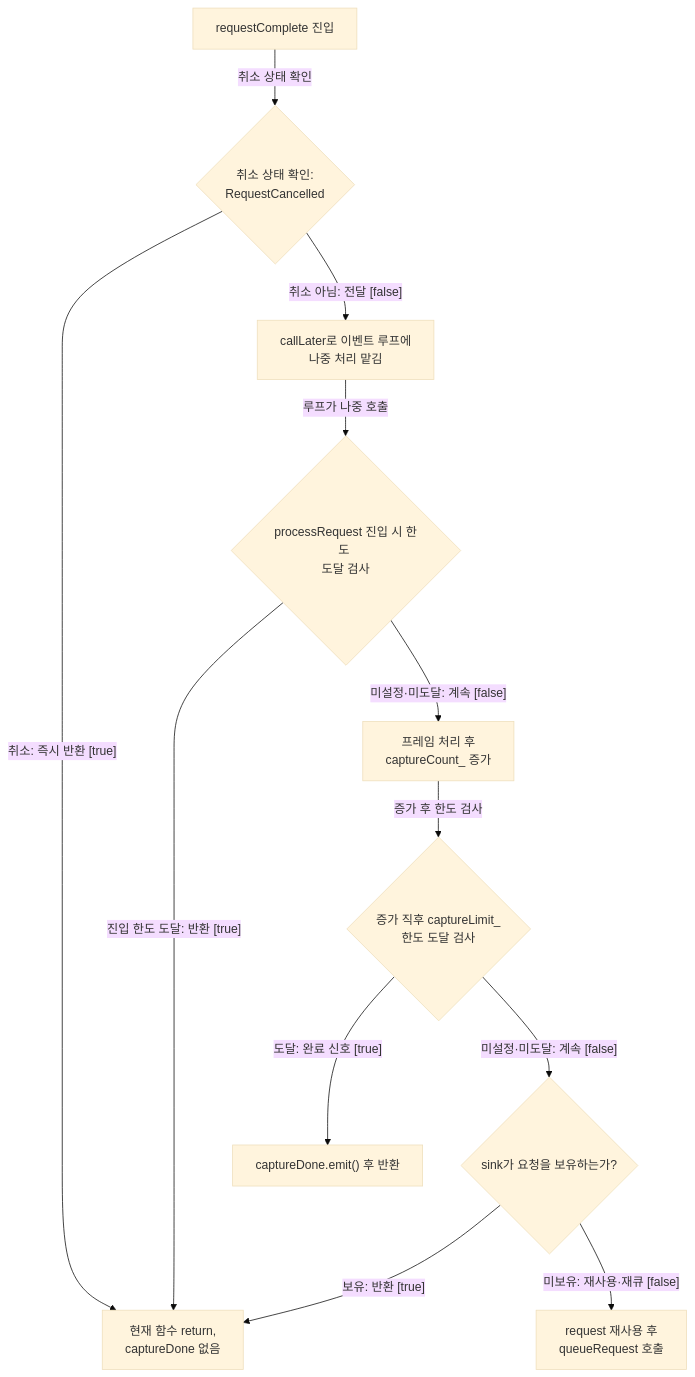
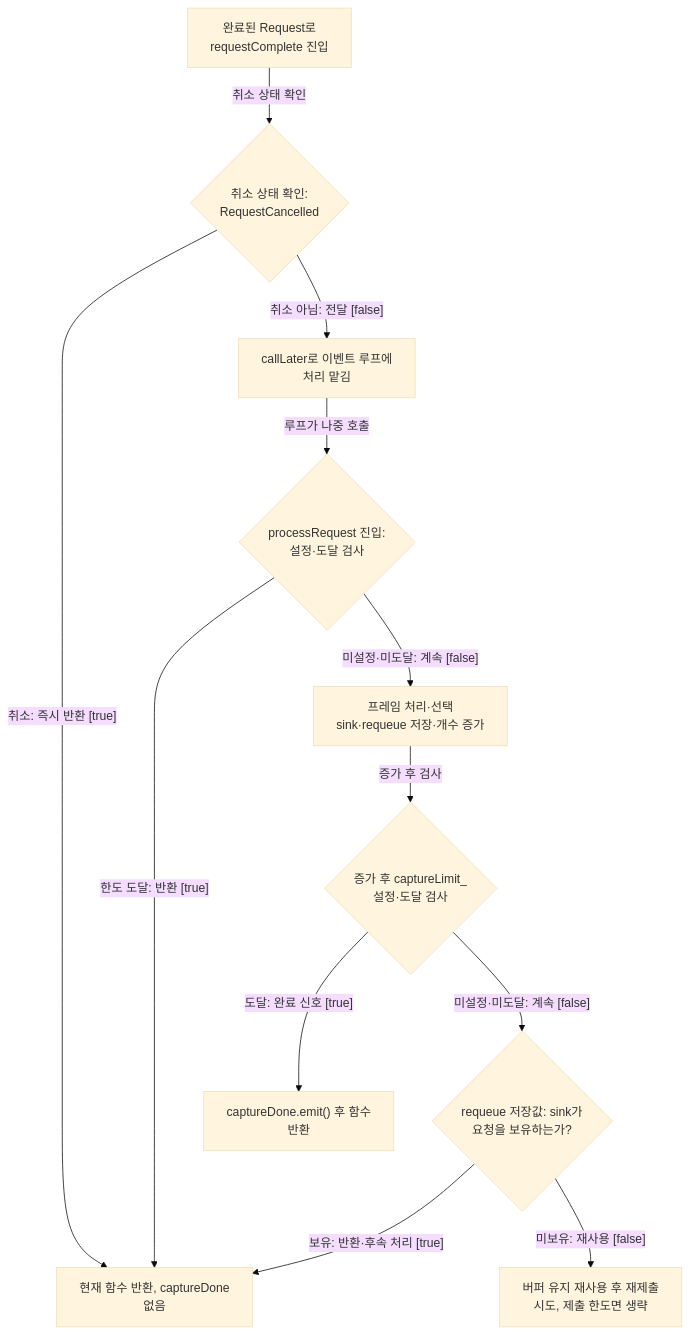
The second of 3 diagrams in docs/official-cam-validation.md (TTolsun/libcamera-sdd), drawn with Mermaid (base theme) before and after one commit. The commit also changed other lines of this file and 382 other files, not shown here.

Commit message:
Explain virtual capture through real buffers and ordered callbacks

````diff
--- a/docs/official-cam-validation.md
+++ b/docs/official-cam-validation.md
@@ -43,25 +121,25 @@
 ```mermaid
 flowchart TB
-%% sdd:translations {"callLater로 이벤트 루프에 <br/>나중 처리 맡김": "Defer processing to event <br/>loop via callLater", "captureDone.emit() 후 반환": "After captureDone.emit(), <br/>return from current function", "processRequest 진입 시 한도 <br/>도달 검사": "processRequest entry: check <br/>if limit reached", "request 재사용 후 <br/>queueRequest 호출": "Call <br/>reuse(Request::ReuseBuffers)<br/>, then queueRequest", "requestComplete 진입": "Enter requestComplete with <br/>the completed Request", "sink가 요청을 보유하는가?": "Does the sink hold the <br/>request?", "도달: 완료 신호 [true]": "Reached: emit captureDone <br/>[true]", "루프가 나중 호출": "Event loop calls it later", "미보유: 재사용·재큐 [false]": "Not held: reuse and queue <br/>[false]", "미설정·미도달: 계속 [false]": "Unset/not reached: continue <br/>[false]", "보유: 반환 [true]": "Sink holds: return [true]", "증가 직후 captureLimit_ <br/>한도 도달 검사": "Right after increment, <br/>check captureLimit_ reached", "증가 후 한도 검사": "Then check limit reached", "진입 한도 도달: 반환 [true]": "Entry limit reached: return <br/>[true]", "취소 상태 확인": "Check cancel state", "취소 상태 확인: <br/>RequestCancelled": "Check cancel state: <br/>RequestCancelled", "취소 아님: 전달 [false]": "Not cancelled: defer [false]", "취소: 즉시 반환 [true]": "Cancelled: return now [true]", "프레임 처리 후 <br/>captureCount_ 증가": "After frame work, <br/>captureCount_ increments", "현재 함수 return, <br/>captureDone 없음": "Return from current <br/>function, no captureDone <br/>signal"}
-  v_n0["requestComplete 진입"]
+%% sdd:translations {"callLater로 이벤트 루프에 <br/>처리 맡김": "Defer processing to event <br/>loop via callLater", "captureDone.emit() 후 함수 <br/>반환": "Emit captureDone; return <br/>from this function", "processRequest 진입: <br/>설정·도달 검사": "processRequest entry: limit <br/>set and reached?", "requeue 저장값: sink가 <br/>요청을 보유하는가?": "Saved requeue: does sink <br/>hold the request?", "도달: 완료 신호 [true]": "Reached: emit captureDone <br/>[true]", "루프가 나중 호출": "Event loop calls it later", "미보유: 재사용 [false]": "Not held: reuse, resubmit <br/>[false]", "미설정·미도달: 계속 [false]": "Unset or not reached: go on <br/>[false]", "버퍼 유지 재사용 후 재제출 <br/>시도, 제출 한도면 생략": "Reuse keeping buffers; <br/>resubmit; skipped at submit <br/>limit", "보유: 반환·후속 처리 [true]": "Held: return; handled later <br/>[true]", "완료된 Request로 <br/>requestComplete 진입": "Enter requestComplete with <br/>the completed Request", "증가 후 captureLimit_ <br/>설정·도달 검사": "After increment: <br/>captureLimit_ set and <br/>reached?", "증가 후 검사": "Check after increment", "취소 상태 확인": "Check cancel state", "취소 상태 확인: <br/>RequestCancelled": "Check cancel state: <br/>RequestCancelled", "취소 아님: 전달 [false]": "Not cancelled: defer [false]", "취소: 즉시 반환 [true]": "Cancelled: return now [true]", "프레임 처리·선택 <br/>sink·requeue 저장·개수 증가": "Frame work; optional sink, <br/>requeue saved; <br/>captureCount_++", "한도 도달: 반환 [true]": "Limit reached: return [true]", "현재 함수 반환, captureDone <br/>없음": "Return from this function; <br/>no captureDone"}
+  v_n0["완료된 Request로 <br/>requestComplete 진입"]
   v_n1{"취소 상태 확인: <br/>RequestCancelled"}
-  v_n2["현재 함수 return, <br/>captureDone 없음"]
-  v_n3["callLater로 이벤트 루프에 <br/>나중 처리 맡김"]
-  v_n4{"processRequest 진입 시 한도 <br/>도달 검사"}
-  v_n5["프레임 처리 후 <br/>captureCount_ 증가"]
-  v_n6{"증가 직후 captureLimit_ <br/>한도 도달 검사"}
-  v_n7["captureDone.emit() 후 반환"]
-  v_n8{"sink가 요청을 보유하는가?"}
-  v_n9["request 재사용 후 <br/>queueRequest 호출"]
+  v_n2["현재 함수 반환, captureDone <br/>없음"]
+  v_n3["callLater로 이벤트 루프에 <br/>처리 맡김"]
+  v_n4{"processRequest 진입: <br/>설정·도달 검사"}
+  v_n5["프레임 처리·선택 <br/>sink·requeue 저장·개수 증가"]
+  v_n6{"증가 후 captureLimit_ <br/>설정·도달 검사"}
+  v_n7["captureDone.emit() 후 함수 <br/>반환"]
+  v_n8{"requeue 저장값: sink가 <br/>요청을 보유하는가?"}
+  v_n9["버퍼 유지 재사용 후 재제출 <br/>시도, 제출 한도면 생략"]
   v_n0 -->|"취소 상태 확인"| v_n1
   v_n1 -->|"취소: 즉시 반환 [true]"| v_n2
   v_n1 -->|"취소 아님: 전달 [false]"| v_n3
   v_n3 -->|"루프가 나중 호출"| v_n4
-  v_n4 -->|"진입 한도 도달: 반환 [true]"| v_n2
+  v_n4 -->|"한도 도달: 반환 [true]"| v_n2
   v_n4 -->|"미설정·미도달: 계속 [false]"| v_n5
-  v_n5 -->|"증가 후 한도 검사"| v_n6
+  v_n5 -->|"증가 후 검사"| v_n6
   v_n6 -->|"도달: 완료 신호 [true]"| v_n7
   v_n6 -->|"미설정·미도달: 계속 [false]"| v_n8
-  v_n8 -->|"보유: 반환 [true]"| v_n2
-  v_n8 -->|"미보유: 재사용·재큐 [false]"| v_n9
+  v_n8 -->|"보유: 반환·후속 처리 [true]"| v_n2
+  v_n8 -->|"미보유: 재사용 [false]"| v_n9
 ```
````
